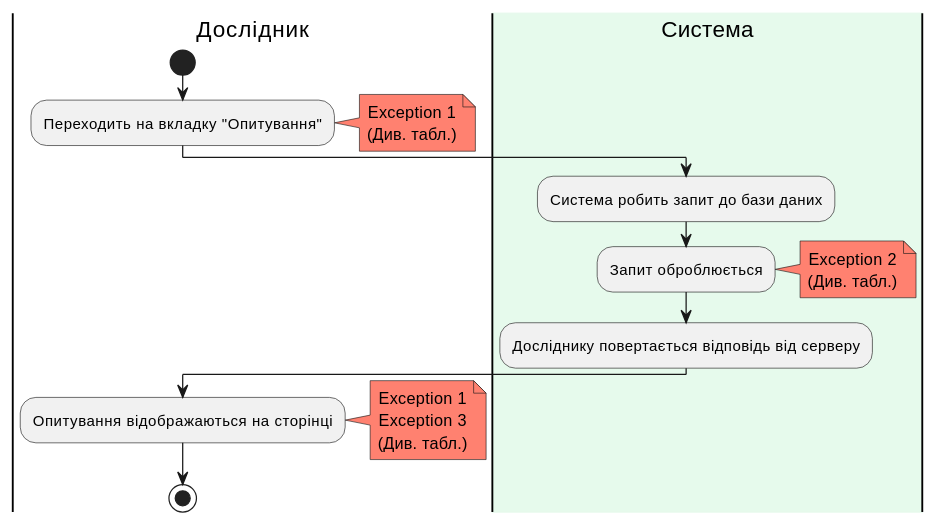
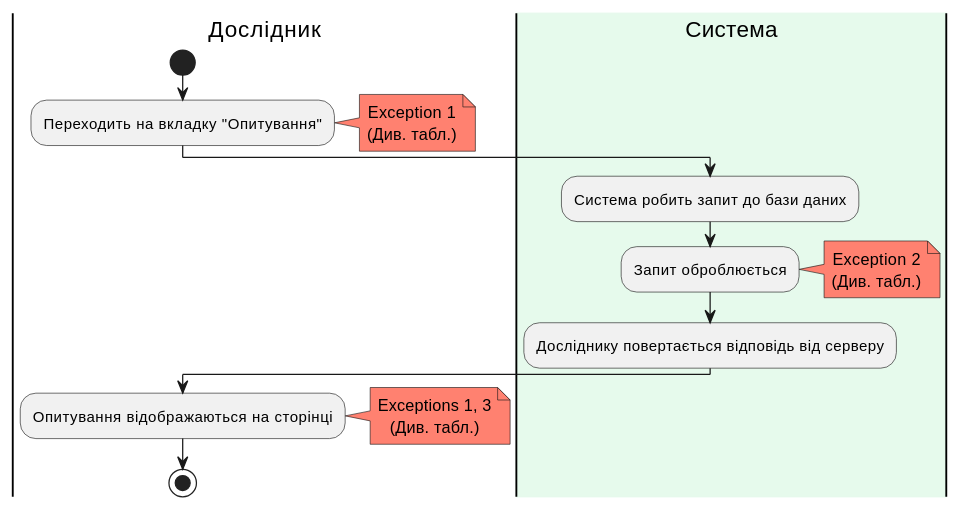
One commit to generalmaks/db_labs changed the second of 2 diagrams in docs/use_cases.md. Above: the diagram before and after it, drawn with PlantUML.

Commit message:
Update activity diagram of ShowCreatedSurveys

````diff
--- a/docs/use_cases.md
+++ b/docs/use_cases.md
@@ -55,28 +55,27 @@
 ```plantuml
 @startuml
 |Дослідник|
 start
 skinparam defaultTextAlignment center
 :Переходить на вкладку "Опитування";
 note right #ff8170
 Exception 1
 (Див. табл.)
 end note
 |#e6faec|Система|
 :Система робить запит до бази даних;
 :Запит оброблюється;
 note right #ff8170
 Exception 2
 (Див. табл.)
 end note
 :Досліднику повертається відповідь від серверу;
 |Дослідник|
 :Опитування відображаються на сторінці;
 note right #ff8170
-Exception 1
-Exception 3
+Exceptions 1, 3
 (Див. табл.)
 end note
 stop
 @enduml
 ```
````
